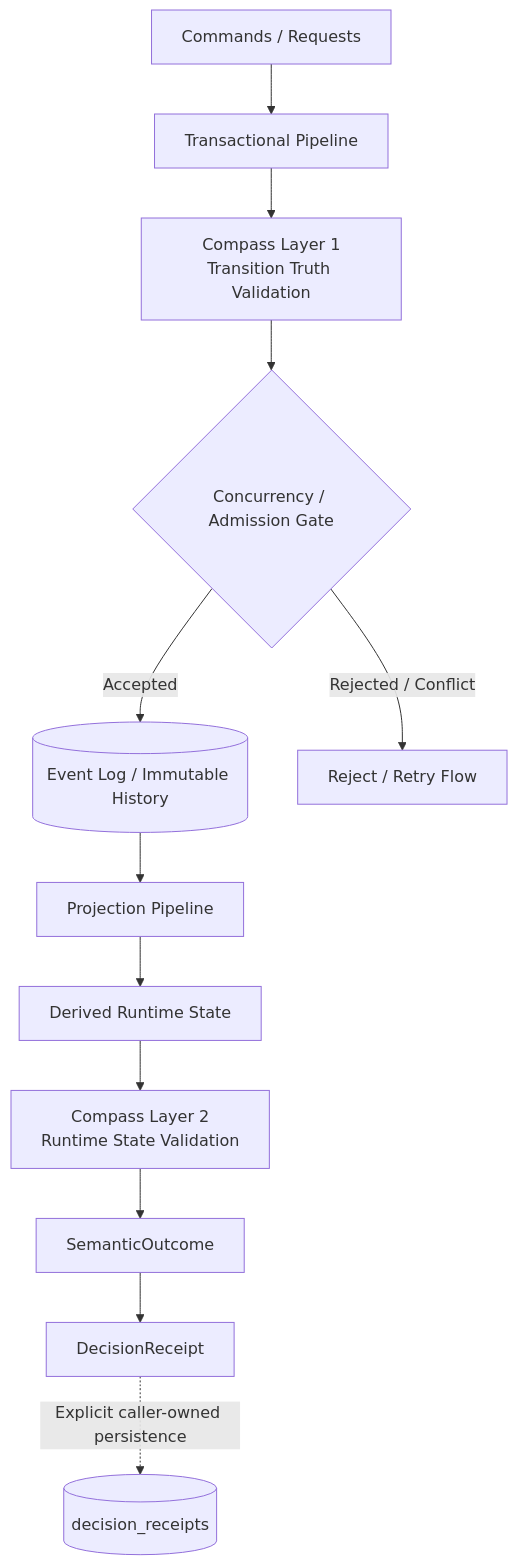
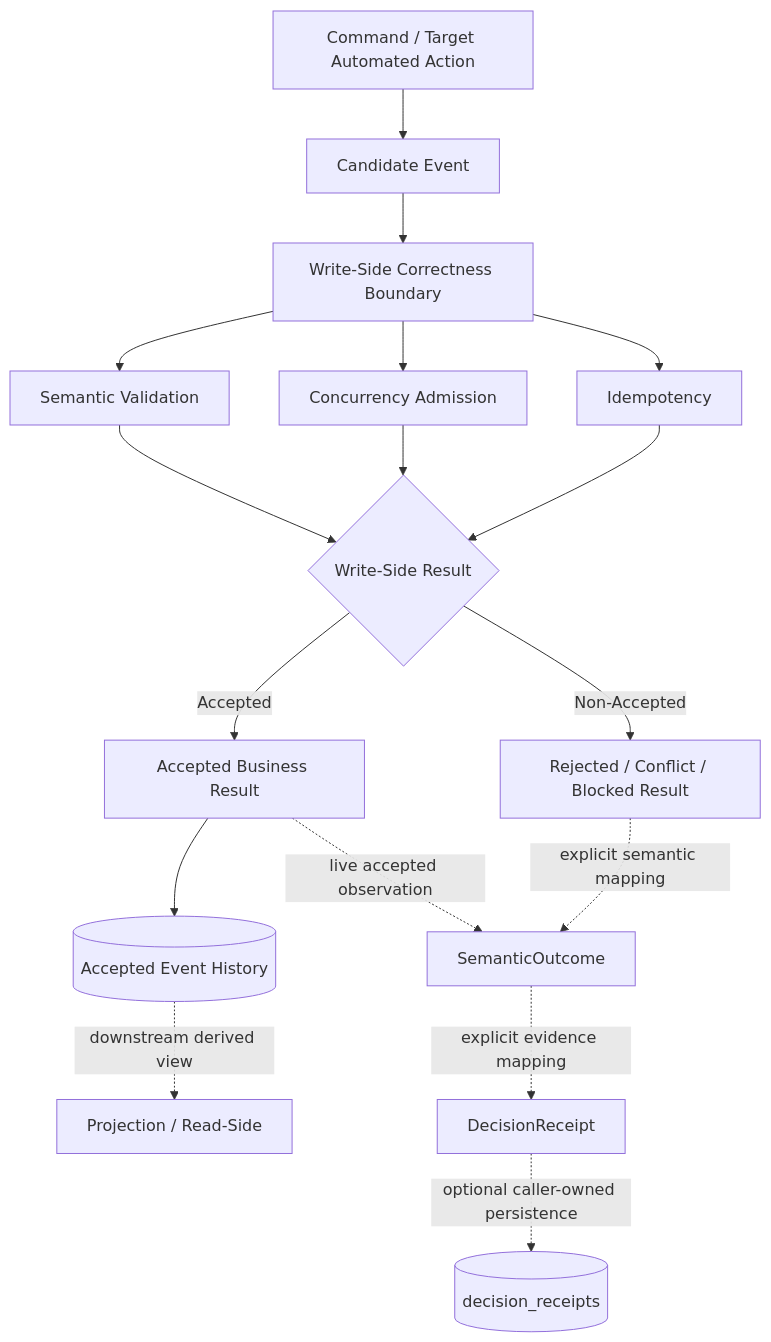
Before and after one commit to hikaru-212/streaming-system-compass: the diagram in README.md, drawn with Mermaid. The commit also changed other lines of this file, not shown here.

````diff
--- a/README.md
+++ b/README.md
@@ -233,16 +95,27 @@
 ```mermaid
 flowchart TD
-    A[Commands / Requests] --> B[Transactional Pipeline]
-    B --> C[Compass Layer 1<br/>Transition Truth Validation]
-    C --> D{Concurrency / Admission Gate}
+    A[Command / Target Automated Action] --> B[Candidate Event]
 
-    D -- Accepted --> E[(Event Log / Immutable History)]
-    D -- Rejected / Conflict --> R[Reject / Retry Flow]
+    B --> C[Write-Side Correctness Boundary]
 
-    E --> F[Projection Pipeline]
-    F --> H[Derived Runtime State]
-    H --> I[Compass Layer 2<br/>Runtime State Validation]
-    I --> J[SemanticOutcome]
-    J --> K[DecisionReceipt]
-    K -. Explicit caller-owned persistence .-> L[(decision_receipts)]
+    C --> C1[Semantic Validation]
+    C --> C2[Concurrency Admission]
+    C --> C3[Idempotency]
+
+    C1 --> D{Write-Side Result}
+    C2 --> D
+    C3 --> D
+
+    D -- Accepted --> AR[Accepted Business Result]
+    D -- Non-Accepted --> R[Rejected / Conflict / Blocked Result]
+
+    AR --> E[(Accepted Event History)]
+    AR -. live accepted observation .-> S[SemanticOutcome]
+
+    R -. explicit semantic mapping .-> S
+
+    S -. explicit evidence mapping .-> J[DecisionReceipt]
+    J -. optional caller-owned persistence .-> K[(decision_receipts)]
+
+    E -. downstream derived view .-> P[Projection / Read-Side]
 ```
````
